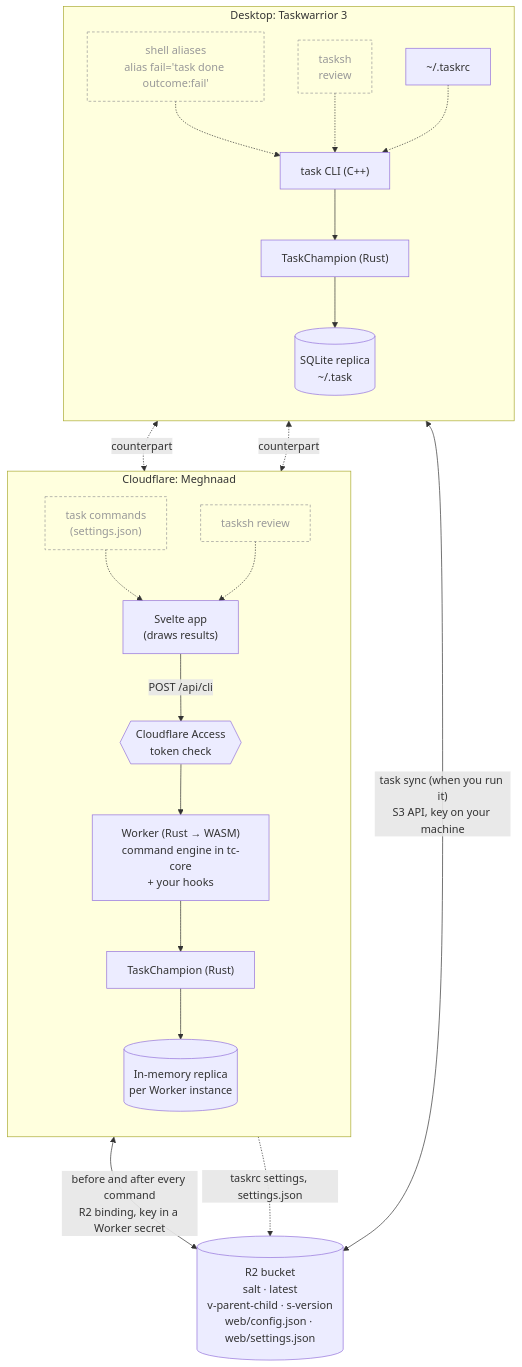
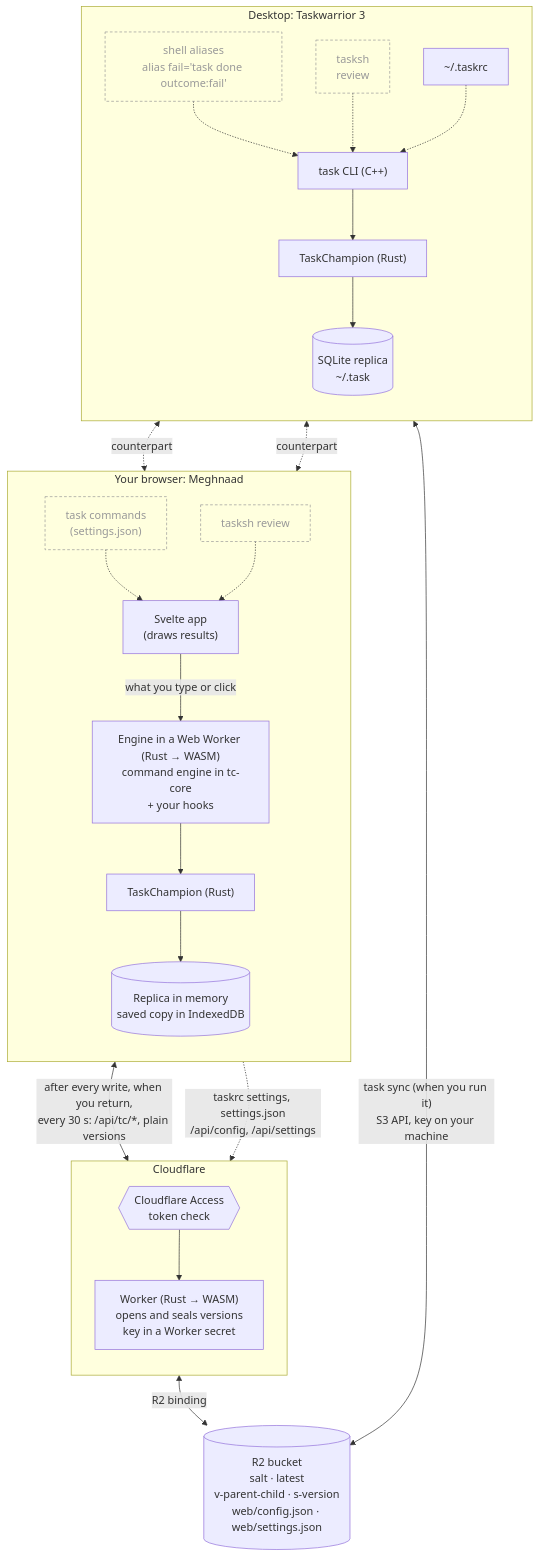
The diagram in README.md (uroybd/Meghnaad), drawn with Mermaid before and after one commit. The commit also changed other lines of this file and 25 other files, not shown here.

First line of the commit message:
feat(web): run the engine in the page, with a dev server, build steps, CI and docs (WIP)

````diff
--- a/README.md
+++ b/README.md
@@ -119,42 +119,49 @@
 ```mermaid
 flowchart TB
   subgraph desktop["Desktop: Taskwarrior 3"]
     direction TB
     sh["shell aliases<br/>alias fail='task done outcome:fail'"]
     tsh["tasksh<br/>review"]
     cli["task CLI (C++)"]
     tcd["TaskChampion (Rust)"]
     db[("SQLite replica<br/>~/.task")]
     rc["~/.taskrc"]
     sh -.-> cli
     tsh -.-> cli
     cli --> tcd --> db
     rc -.-> cli
   end
 
-  subgraph web["Cloudflare: Meghnaad"]
+  subgraph web["Your browser: Meghnaad"]
     direction TB
     cmds["task commands<br/>(settings.json)"]
     rev["tasksh review"]
     spa["Svelte app<br/>(draws results)"]
-    access{{"Cloudflare Access<br/>token check"}}
-    wk["Worker (Rust → WASM)<br/>command engine in tc-core<br/>+ your hooks"]
+    eng["Engine in a Web Worker (Rust → WASM)<br/>command engine in tc-core<br/>+ your hooks"]
     tcw["TaskChampion (Rust)"]
-    mem[("In-memory replica<br/>per Worker instance")]
+    mem[("Replica in memory<br/>saved copy in IndexedDB")]
     cmds -.-> spa
     rev -.-> spa
-    spa -- "POST /api/cli" --> access --> wk --> tcw --> mem
+    spa -- "what you type or click" --> eng --> tcw --> mem
+  end
+
+  subgraph edge["Cloudflare"]
+    direction TB
+    access{{"Cloudflare Access<br/>token check"}}
+    wk["Worker (Rust → WASM)<br/>opens and seals versions<br/>key in a Worker secret"]
+    access --> wk
   end
 
   bucket[("R2 bucket<br/>salt · latest<br/>v-parent-child · s-version<br/>web/config.json · web/settings.json")]
 
   tcd <-- "task sync (when you run it)<br/>S3 API, key on your machine" --> bucket
-  tcw <-- "before and after every command<br/>R2 binding, key in a Worker secret" --> bucket
-  wk -. "taskrc settings, settings.json" .-> bucket
+  tcw <-- "after every write, when you return,<br/>every 30 s: /api/tc/*, plain versions" --> access
+  spa -. "taskrc settings, settings.json<br/>/api/config, /api/settings" .-> access
+  wk <-- "R2 binding" --> bucket
 
   sh <-. "counterpart" .-> cmds
   tsh <-. "counterpart" .-> rev
 
   classDef ext fill:transparent,stroke:#999,color:#999,stroke-dasharray:4 3
   class sh,tsh,cmds,rev ext
 ```
````
